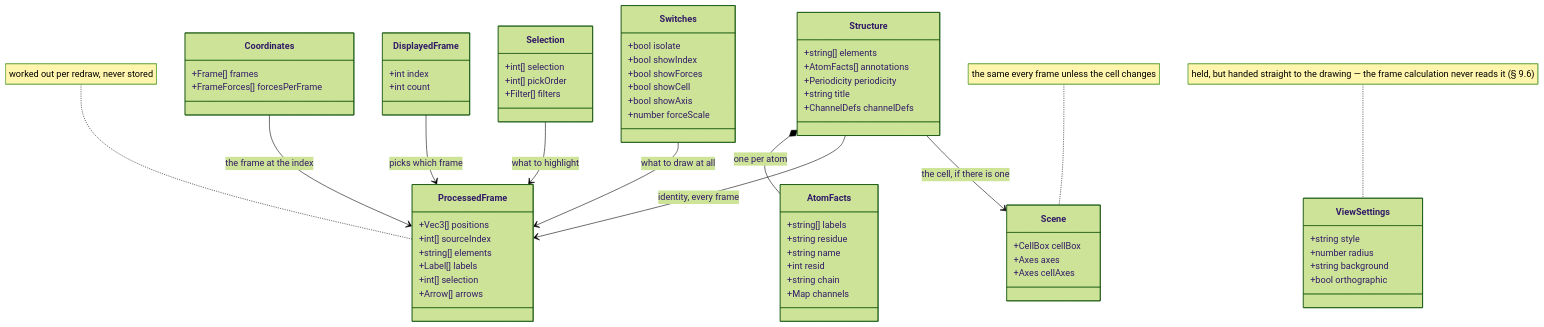
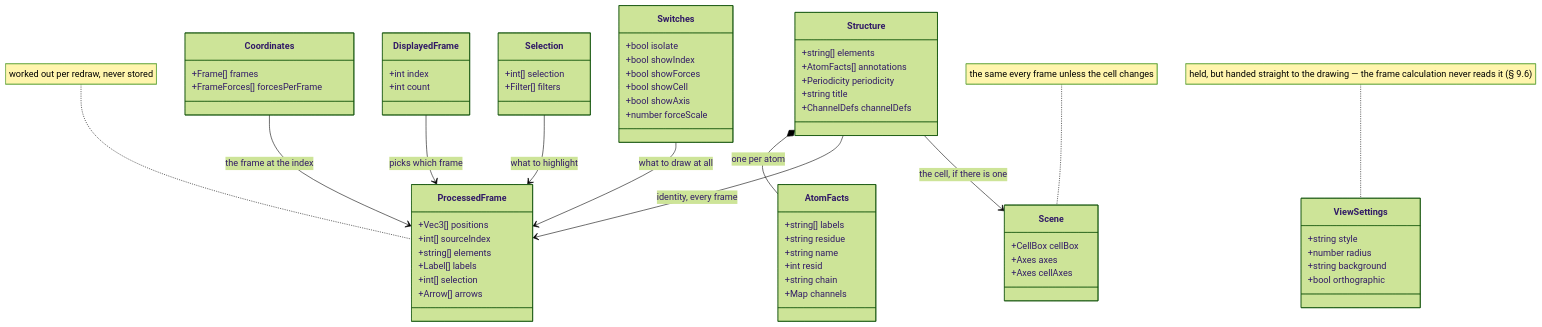
The second of 10 diagrams in docs/web/molview.md (Qing-LAB/molbuilder), drawn with Mermaid (forest theme) before and after one commit. The commit also changed other lines of this file and 197 other files, not shown here.

````diff
--- a/docs/web/molview.md
+++ b/docs/web/molview.md
@@ -459,68 +459,67 @@
 ```mermaid
 classDiagram
     class Structure {
       +string[] elements
       +AtomFacts[] annotations
       +Periodicity periodicity
       +string title
       +ChannelDefs channelDefs
     }
     class AtomFacts {
       +string[] labels
       +string residue
       +string name
       +int resid
       +string chain
       +Map channels
     }
     class Coordinates {
       +Frame[] frames
       +FrameForces[] forcesPerFrame
     }
     class DisplayedFrame {
       +int index
       +int count
     }
     class Selection {
       +int[] selection
-      +int[] pickOrder
       +Filter[] filters
     }
     class Switches {
       +bool isolate
       +bool showIndex
       +bool showForces
       +bool showCell
       +bool showAxis
       +number forceScale
     }
     class ProcessedFrame {
       +Vec3[] positions
       +int[] sourceIndex
       +string[] elements
       +Label[] labels
       +int[] selection
       +Arrow[] arrows
     }
     class Scene {
       +CellBox cellBox
       +Axes axes
       +Axes cellAxes
     }
     class ViewSettings {
       +string style
       +number radius
       +string background
       +bool orthographic
     }
     Structure *-- AtomFacts : one per atom
     Structure --> ProcessedFrame : identity, every frame
     Coordinates --> ProcessedFrame : the frame at the index
     DisplayedFrame --> ProcessedFrame : picks which frame
     Selection --> ProcessedFrame : what to highlight
     Switches --> ProcessedFrame : what to draw at all
     Structure --> Scene : the cell, if there is one
     note for ProcessedFrame "worked out per redraw, never stored"
     note for Scene "the same every frame unless the cell changes"
     note for ViewSettings "held, but handed straight to the drawing — the frame calculation never reads it (§ 9.6)"
 ```
````
